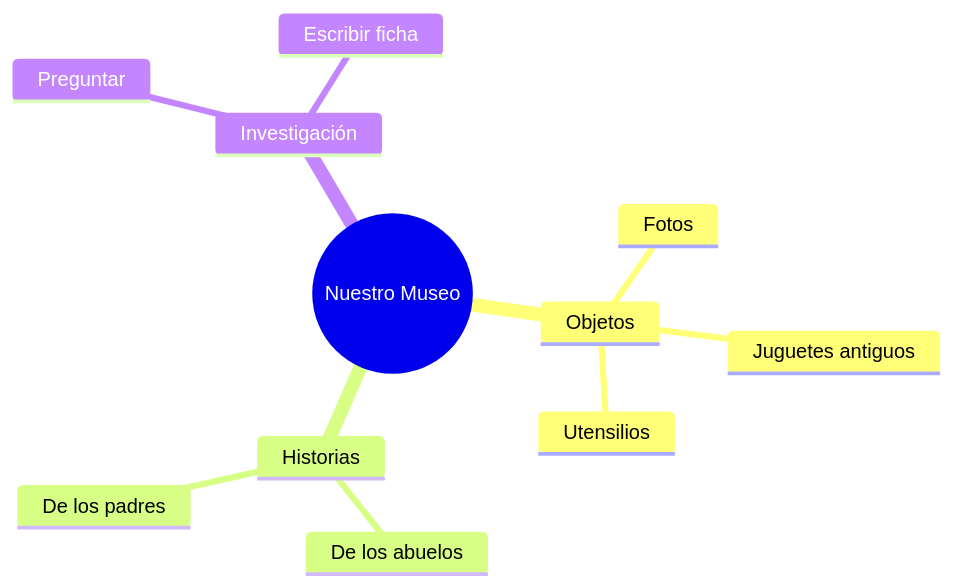
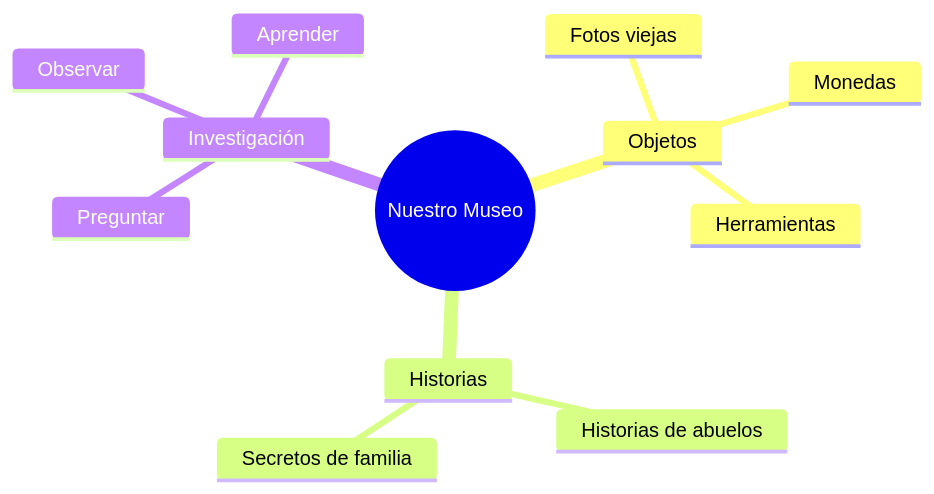
Before and after one commit to aalvarezg06/Ense-anzaONLINE: the diagram in docs/2pri/ut07-nuestra-historia/actividad.md, drawn with Mermaid. The commit also changed other lines of this file and 2 other files, not shown here.

````diff
--- a/docs/2pri/ut07-nuestra-historia/actividad.md
+++ b/docs/2pri/ut07-nuestra-historia/actividad.md
@@ -28,14 +28,15 @@
 ```mermaid
 mindmap
   root((Nuestro Museo))
     Objetos
-      Fotos
-      Juguetes antiguos
-      Utensilios
+      Fotos viejas
+      Monedas
+      Herramientas
     Historias
-      De los abuelos
-      De los padres
+      Historias de abuelos
+      Secretos de familia
     Investigación
       Preguntar
-      Escribir ficha
+      Observar
+      Aprender
 ```
````
